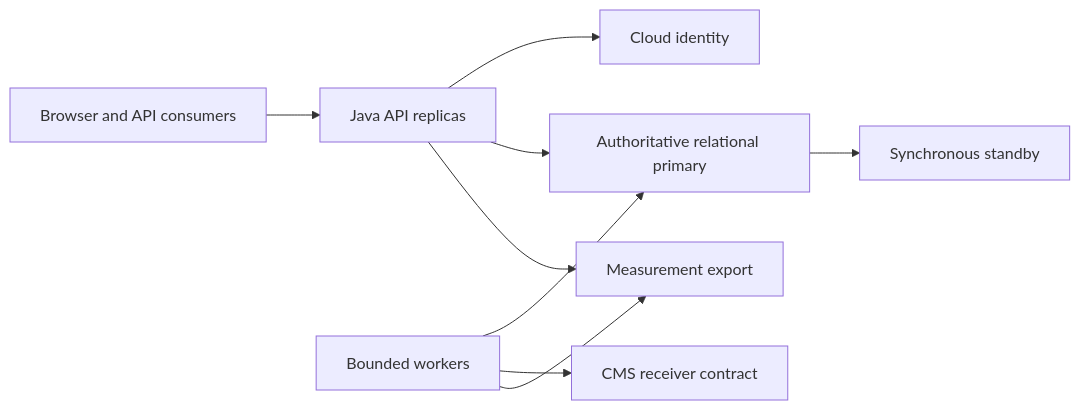
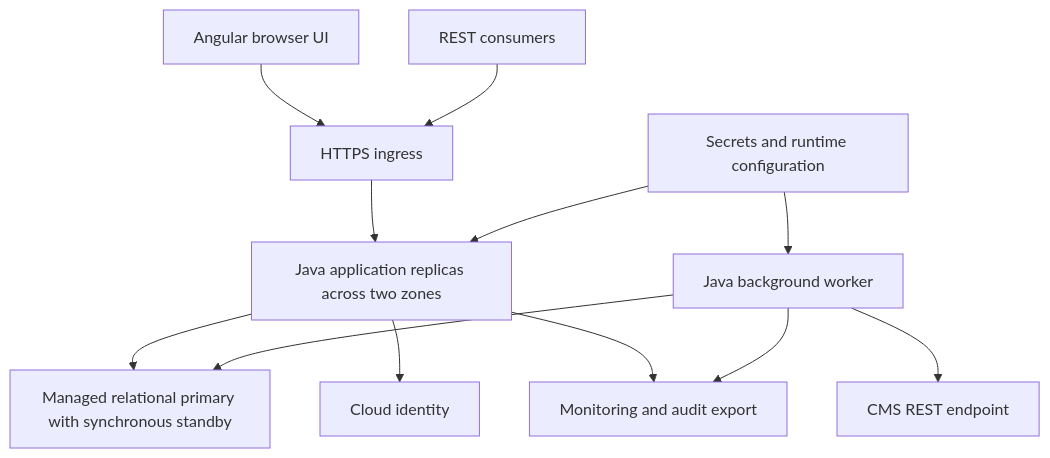
Before and after one commit to yoona96/Architecture_Codex: the diagram in HPS/evaluation/result.md, drawn with Mermaid. The commit also changed other lines of this file and 9 other files, not shown here.

````diff
--- a/HPS/evaluation/result.md
+++ b/HPS/evaluation/result.md
@@ -28,11 +28,14 @@
 ```mermaid
-flowchart LR
-    Caller[Browser and API consumers] --> API[Java API replicas]
+flowchart TB
+    Browser[Angular browser UI] --> Edge[HTTPS ingress]
+    Consumers[REST consumers] --> Edge
+    Edge --> API[Java application replicas across two zones]
+    API --> DB[Managed relational primary with synchronous standby]
+    Worker[Java background worker] --> DB
+    Worker --> CMS[CMS REST endpoint]
     API --> Identity[Cloud identity]
-    API --> DB[Authoritative relational primary]
-    Worker[Bounded workers] --> DB
-    DB --> Standby[Synchronous standby]
-    Worker --> CMS[CMS receiver contract]
-    Worker --> Export[Measurement export]
-    API --> Export
+    API --> Telemetry[Monitoring and audit export]
+    Worker --> Telemetry
+    Config[Secrets and runtime configuration] --> API
+    Config --> Worker
 ```
````
